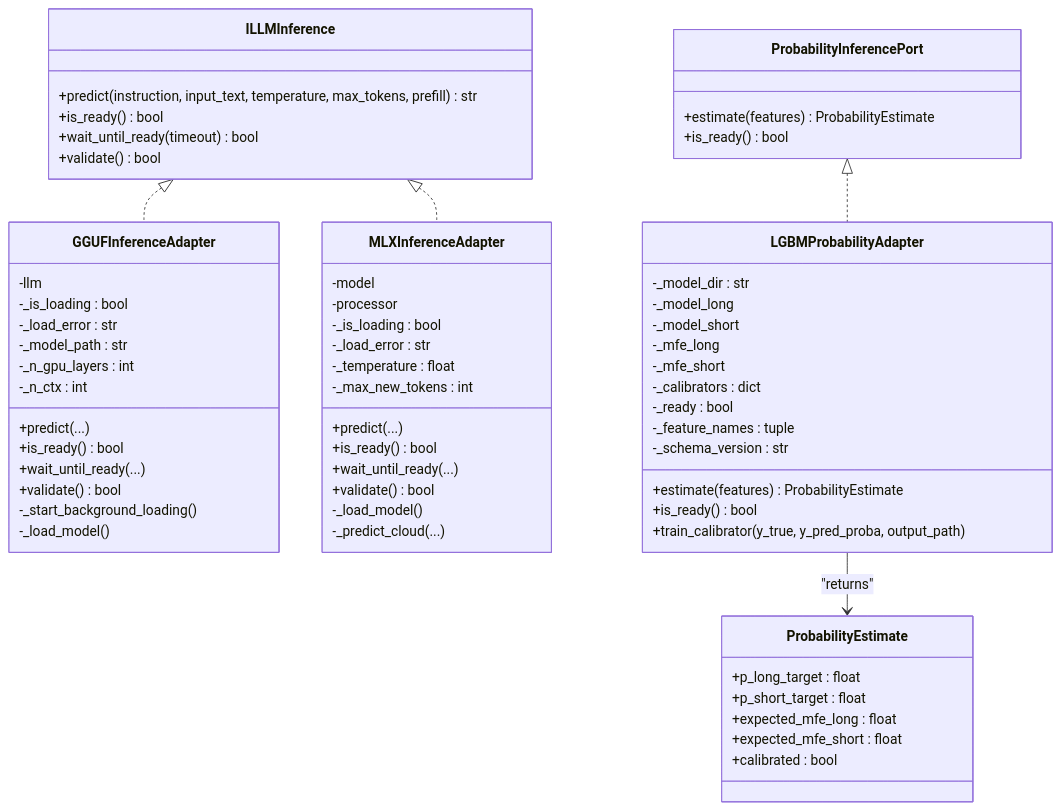
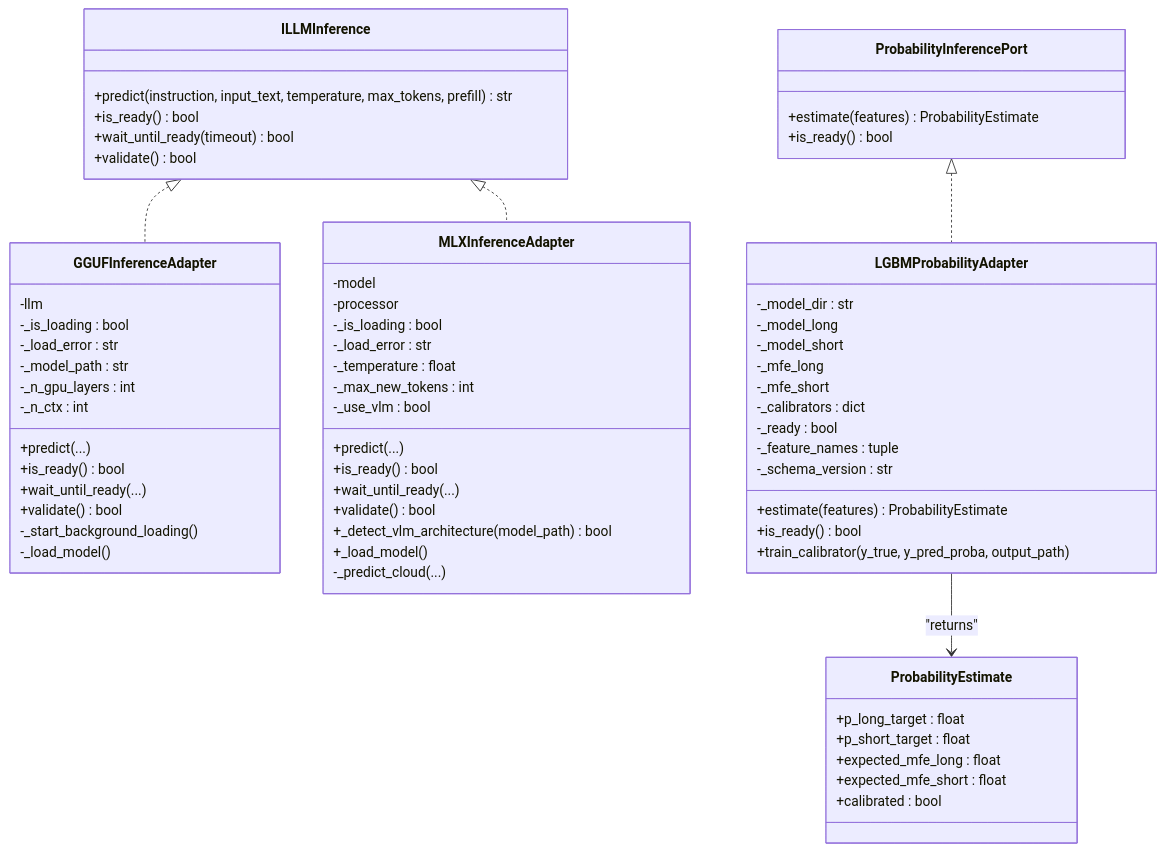
One commit to gemrajkhatry-maker/v5-of-glassytrade-ai changed the second of 6 diagrams in .qoder/repowiki/en/content/Backend Application/Infrastructure Adapters/ML Inference Adapters.md. Above: the diagram before and after it, drawn with Mermaid. The commit also changed other lines of this file and 219 other files, not shown here.

First line of the commit message:
refactor: major architecture improvements across backend, backendv2, brokers, and frontend

````diff
--- a/.qoder/repowiki/en/content/Backend Application/Infrastructure Adapters/ML Inference Adapters.md
+++ b/.qoder/repowiki/en/content/Backend Application/Infrastructure Adapters/ML Inference Adapters.md
@@ -132,66 +137,68 @@
 ```mermaid
 classDiagram
 class ILLMInference {
 +predict(instruction, input_text, temperature, max_tokens, prefill) str
 +is_ready() bool
 +wait_until_ready(timeout) bool
 +validate() bool
 }
 class GGUFInferenceAdapter {
 -llm
 -_is_loading : bool
 -_load_error : str
 -_model_path : str
 -_n_gpu_layers : int
 -_n_ctx : int
 +predict(...)
 +is_ready() bool
 +wait_until_ready(...)
 +validate() bool
 -_start_background_loading()
 -_load_model()
 }
 class MLXInferenceAdapter {
 -model
 -processor
 -_is_loading : bool
 -_load_error : str
 -_temperature : float
 -_max_new_tokens : int
+-_use_vlm : bool
 +predict(...)
 +is_ready() bool
 +wait_until_ready(...)
 +validate() bool
--_load_model()
++_detect_vlm_architecture(model_path) bool
++_load_model()
 -_predict_cloud(...)
 }
 class ProbabilityInferencePort {
 +estimate(features) ProbabilityEstimate
 +is_ready() bool
 }
 class LGBMProbabilityAdapter {
 -_model_dir : str
 -_model_long
 -_model_short
 -_mfe_long
 -_mfe_short
 -_calibrators : dict
 -_ready : bool
 -_feature_names : tuple
 -_schema_version : str
 +estimate(features) ProbabilityEstimate
 +is_ready() bool
 +train_calibrator(y_true, y_pred_proba, output_path)
 }
 class ProbabilityEstimate {
 +p_long_target : float
 +p_short_target : float
 +expected_mfe_long : float
 +expected_mfe_short : float
 +calibrated : bool
 }
 ILLMInference <|.. GGUFInferenceAdapter
 ILLMInference <|.. MLXInferenceAdapter
 ProbabilityInferencePort <|.. LGBMProbabilityAdapter
 LGBMProbabilityAdapter --> ProbabilityEstimate : "returns"
 ```
````
